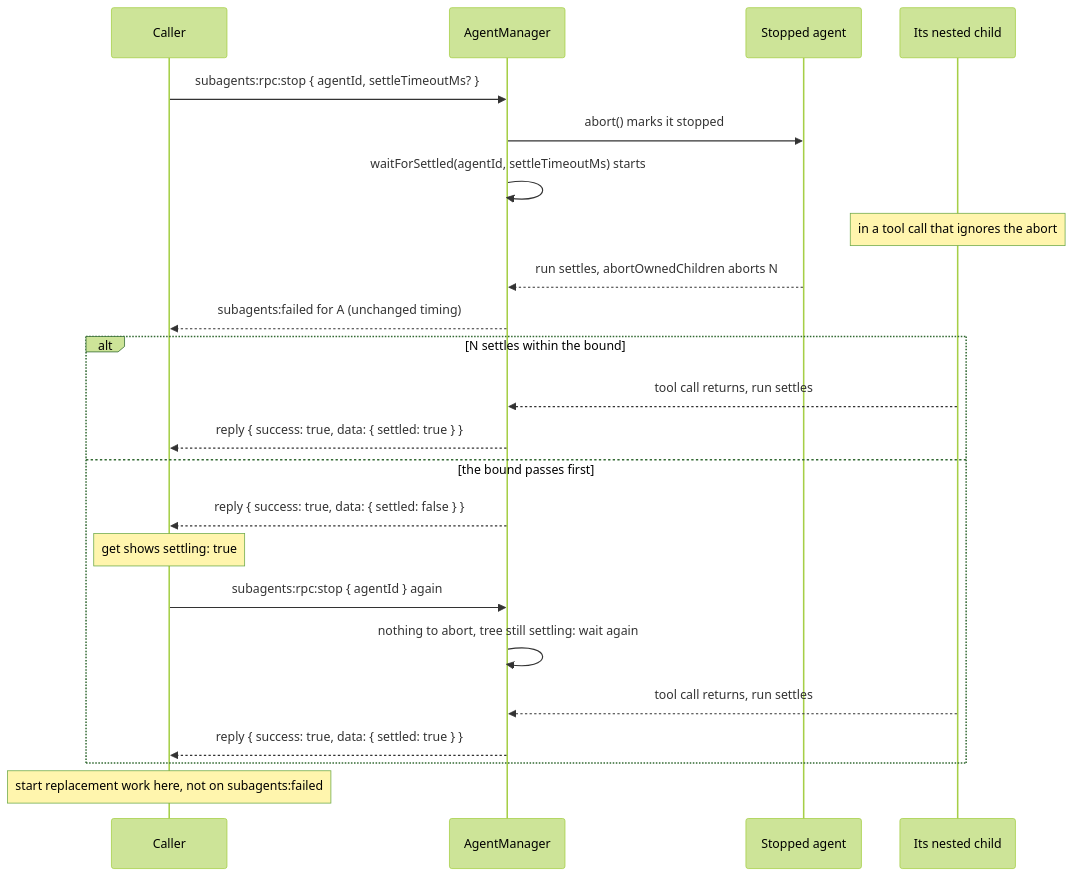
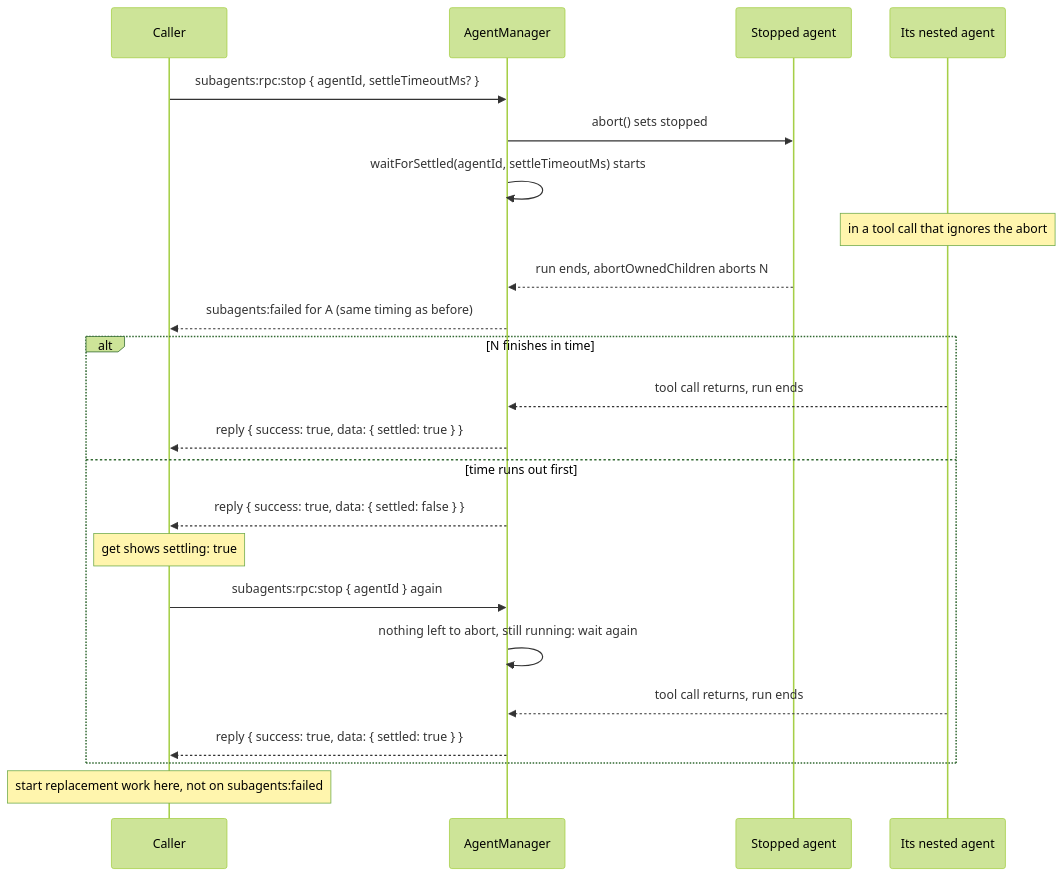
The second of 6 diagrams in docs/rpc.md (tintinweb/pi-subagents), drawn with Mermaid (forest theme) before and after one commit. The commit also changed other lines of this file and 2 other files, not shown here.

````diff
--- a/docs/rpc.md
+++ b/docs/rpc.md
@@ -134,25 +135,25 @@
 ```mermaid
 sequenceDiagram
   participant C as Caller
   participant M as AgentManager
   participant A as Stopped agent
-  participant N as Its nested child
+  participant N as Its nested agent
   C->>M: subagents:rpc:stop { agentId, settleTimeoutMs? }
-  M->>A: abort() marks it stopped
+  M->>A: abort() sets stopped
   M->>M: waitForSettled(agentId, settleTimeoutMs) starts
   Note over N: in a tool call that ignores the abort
-  A-->>M: run settles, abortOwnedChildren aborts N
-  M-->>C: subagents:failed for A (unchanged timing)
-  alt N settles within the bound
-    N-->>M: tool call returns, run settles
+  A-->>M: run ends, abortOwnedChildren aborts N
+  M-->>C: subagents:failed for A (same timing as before)
+  alt N finishes in time
+    N-->>M: tool call returns, run ends
     M-->>C: reply { success: true, data: { settled: true } }
-  else the bound passes first
+  else time runs out first
     M-->>C: reply { success: true, data: { settled: false } }
     Note over C: get shows settling: true
     C->>M: subagents:rpc:stop { agentId } again
-    M->>M: nothing to abort, tree still settling: wait again
-    N-->>M: tool call returns, run settles
+    M->>M: nothing left to abort, still running: wait again
+    N-->>M: tool call returns, run ends
     M-->>C: reply { success: true, data: { settled: true } }
   end
   Note over C: start replacement work here, not on subagents:failed
 ```
````
